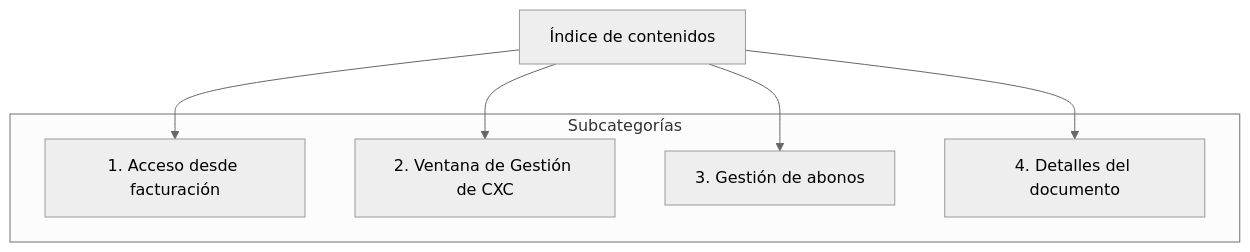
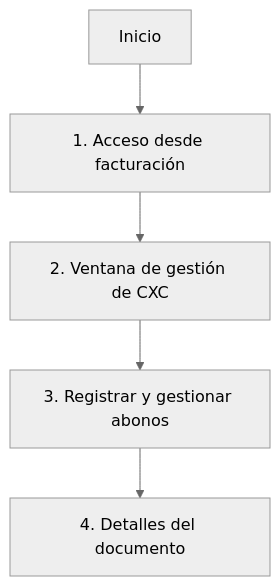
One commit to contaportable/CPDOCS changed the diagram in docs/modulos/facturacion/gestion_cuentas_por_cobrar.md. Above: the diagram before and after it, drawn with Mermaid (neutral theme). The commit also changed other lines of this file and 5 other files, not shown here.

````diff
--- a/docs/modulos/facturacion/gestion_cuentas_por_cobrar.md
+++ b/docs/modulos/facturacion/gestion_cuentas_por_cobrar.md
@@ -6,21 +20,15 @@
-    ``` mermaid
-    graph TD
-      A[Índice de contenidos]:::root
+``` mermaid
+graph TD
+  A[Inicio]:::root
+  B[1. Acceso desde facturación]
+  C[2. Ventana de gestión de CXC]
+  D[3. Registrar y gestionar abonos]
+  E[4. Detalles del documento]
 
-      subgraph "Subcategorías"
-        B[1. Acceso desde facturación]
-        C[2. Ventana de Gestión de CXC]
-        D[3. Gestión de abonos]
-        E[4. Detalles del documento]
-      end
+  A --> B --> C --> D --> E
 
-      A --> B
-      A --> C
-      A --> D
-      A --> E
-
-    click B "#1-acceso-desde-facturacion" "Ir al acceso desde facturación"
-    click C "#2-ventana-de-gestion-de-cxc" "Ir a la ventana de gestión de CXC"
-    click D "#3-gestion-de-abonos" "Ir a la gestión de abonos"
-    click E "#4-detalles-del-documento" "Ir a detalles del documento"
-    ```
+  click B "#1-acceso-desde-facturacion" "Ir al acceso desde facturación"
+  click C "#2-ventana-de-gestion-de-cxc" "Ir a la ventana de gestión de CXC"
+  click D "#3-registrar-y-gestionar-abonos" "Ir a registrar y gestionar abonos"
+  click E "#4-detalles-del-documento" "Ir a detalles del documento"
+```
````
